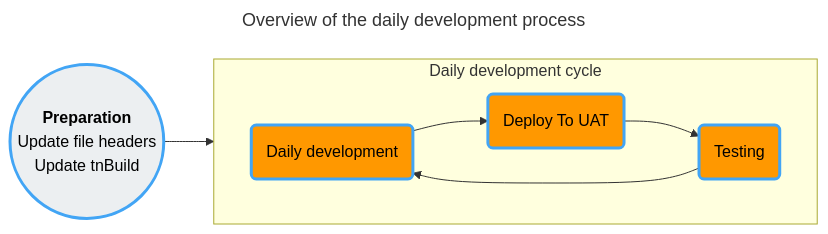
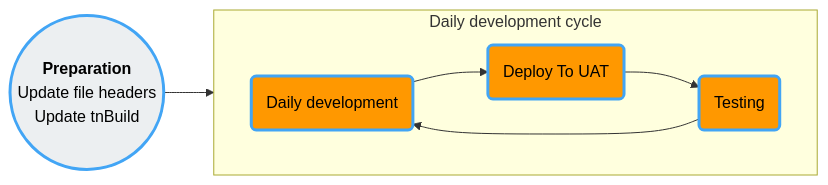
Before and after one commit to spectrum-health-systems/tingen-documentation: the third of 5 diagrams in Development/Development-processes.md, drawn with Mermaid. The commit also changed other lines of this file and 1 other file, not shown here.

````diff
--- a/Development/Development-processes.md
+++ b/Development/Development-processes.md
@@ -73,24 +101,21 @@
 ```mermaid
----
-title: Overview of the daily development process
----
 flowchart LR
   %% Components
   Preparation@{shape: circle, label: "**Preparation**\nUpdate file headers\nUpdate tnBuild"}
   subgraph Development["Daily development cycle"]
     direction LR
     %% Components
     DailyDevelopment@{shape: rounded, label: "Daily development"}
     DeployToUat@{shape: rounded, label: "Deploy To UAT"}
     Testing@{shape: rounded, label: "Testing"}
     %% Layout
     DailyDevelopment --> DeployToUat --> Testing --> DailyDevelopment
   end
   %% Layout
   Preparation --> DailyDevelopment   
   %% Styles
   style Preparation color:#000,fill:#eceff1,stroke:#42a5f5,stroke-width:3px
   style DailyDevelopment color:#000,fill:#ff9800,stroke:#42a5f5,stroke-width:3px
   style DeployToUat color:#000,fill:#ff9800,stroke:#42a5f5,stroke-width:3px
   style Testing color:#000,fill:#ff9800,stroke:#42a5f5,stroke-width:3px
 ```
````
